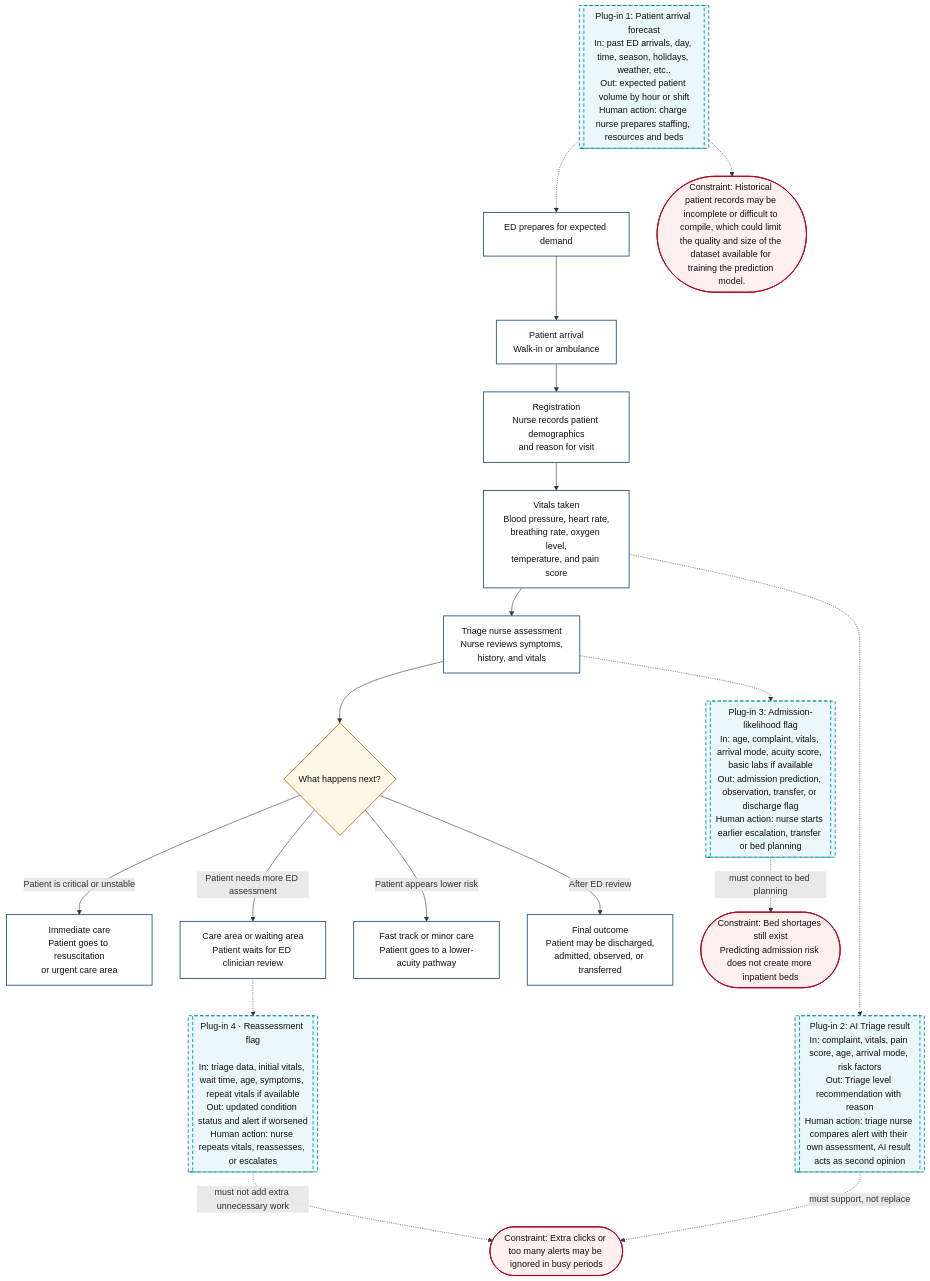
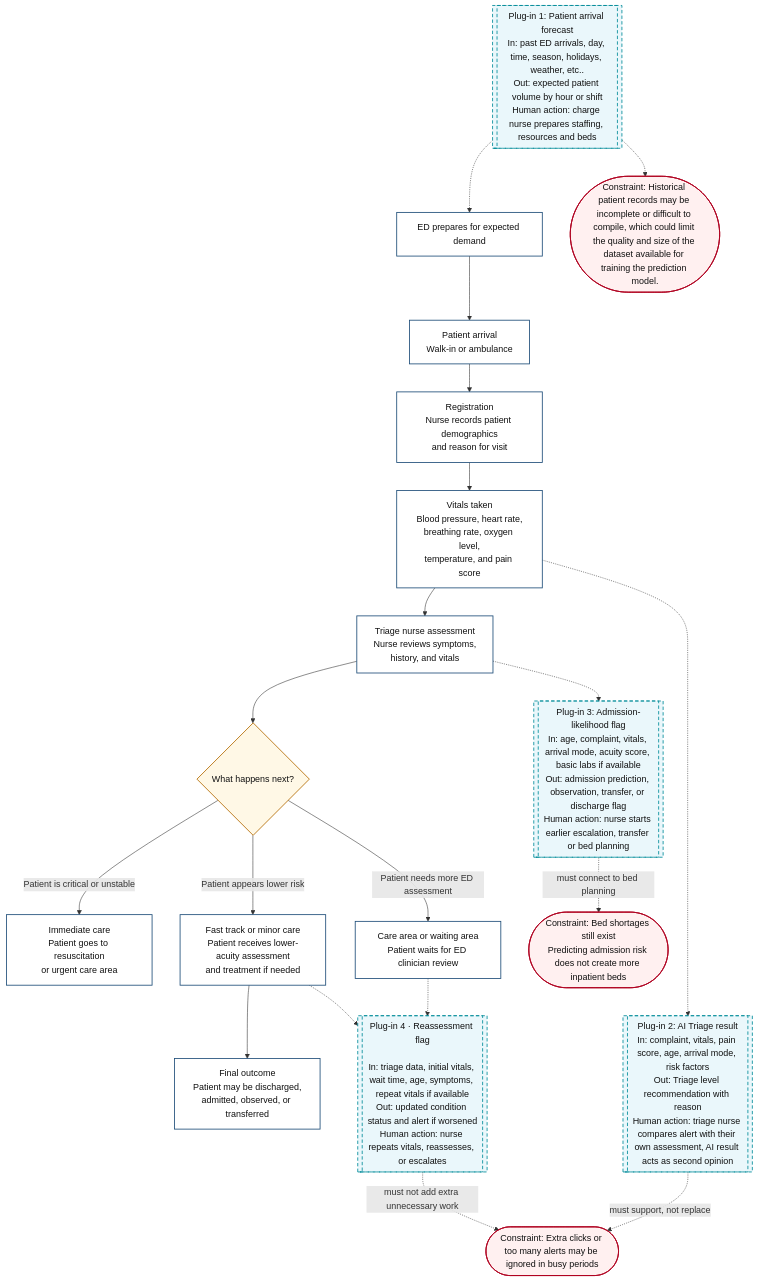
One commit to tinadams/carisurg-portfolio changed the diagram in docs/week_3_workflow.md. Above: the diagram before and after it, drawn with Mermaid.

````diff
--- a/docs/week_3_workflow.md
+++ b/docs/week_3_workflow.md
@@ -1,56 +1,57 @@
 ```mermaid
 flowchart TD
 
 A[Patient arrival<br/>Walk-in or ambulance] --> B[Registration<br/>Nurse records patient demographics<br/>and reason for visit]
 
 B --> C[Vitals taken<br/>Blood pressure, heart rate,<br/>breathing rate, oxygen level,<br/>temperature, and pain score]
 
 C --> D[Triage nurse assessment<br/>Nurse reviews symptoms,<br/>history, and vitals]
 
 D --> E{What happens next?}
 
 E -->|Patient is critical or unstable| F[Immediate care<br/>Patient goes to resuscitation<br/>or urgent care area]
 
 E -->|Patient needs more ED assessment| G[Care area or waiting area<br/>Patient waits for ED clinician review]
 
-E -->|Patient appears lower risk| H[Fast track or minor care<br/>Patient goes to a lower-acuity pathway]
+E -->|Patient appears lower risk| H[Fast track or minor care<br/>Patient receives lower-acuity assessment<br/>and treatment if needed]
 
-E -->|After ED review| I[Final outcome<br/>Patient may be discharged,<br/>admitted, observed, or transferred]
+H --> I[Final outcome<br/>Patient may be discharged,<br/>admitted, observed, or transferred]
 
 AI1[[Plug-in 1: Patient arrival forecast<br/>In: past ED arrivals, day, time, season, holidays, weather, etc..<br/>Out: expected patient volume by hour or shift<br/>Human action: charge nurse prepares staffing, resources and beds]]
 
 AI2[[Plug-in 2: AI Triage result<br/>In: complaint, vitals, pain score, age, arrival mode, risk factors<br/>Out: Triage level recommendation with reason<br/>Human action: triage nurse compares alert with their own assessment, AI result acts as second opinion]]
 
 AI3[[Plug-in 3: Admission-likelihood flag<br/>In: age, complaint, vitals, arrival mode, acuity score, basic labs if available<br/>Out: admission prediction, observation, transfer, or discharge flag<br/>Human action: nurse starts earlier escalation, transfer or bed planning]]
 
 AI4[[Plug-in 4 · Reassessment flag<br/><br/>In: triage data, initial vitals, wait time, age, symptoms, repeat vitals if available<br/>Out: updated condition status and alert if worsened<br/>Human action: nurse repeats vitals, reassesses, or escalates]]
 
 PRE[ED prepares for expected demand]
 
 AI1 -.-> PRE
 PRE --> A
 D -.-> AI3
 C -.-> AI2
 G -.-> AI4
+H -.-> AI4
 
 C1([Constraint: Historical patient records may be incomplete or difficult to compile, which could limit the quality and size of the dataset available for training the prediction model.])
 
 C2([Constraint: Extra clicks or too many alerts may be ignored in busy periods])
 
 C3([Constraint: Bed shortages still exist<br/>Predicting admission risk does not create more inpatient beds])
 
 AI1 -.-> C1
 AI2 -. must support, not replace .-> C2
 AI3 -. must connect to bed planning .-> C3
 AI4 -. must not add extra unnecessary work .-> C2
 
 classDef process fill:#ffffff,stroke:#1f4e79,stroke-width:1.5px,color:#111;
 classDef decision fill:#fff8e6,stroke:#b36b00,stroke-width:1.5px,color:#111;
 classDef ai fill:#eaf7fb,stroke:#008c99,stroke-width:1.5px,stroke-dasharray: 6 4,color:#111;
 classDef constraint fill:#fff0f0,stroke:#b00020,stroke-width:1.5px,color:#111;
 
 class A,B,C,D,F,G,H,I,PRE process;
 class E decision;
 class AI1,AI2,AI3,AI4 ai;
 class C1,C2,C3 constraint;
 ```
````
